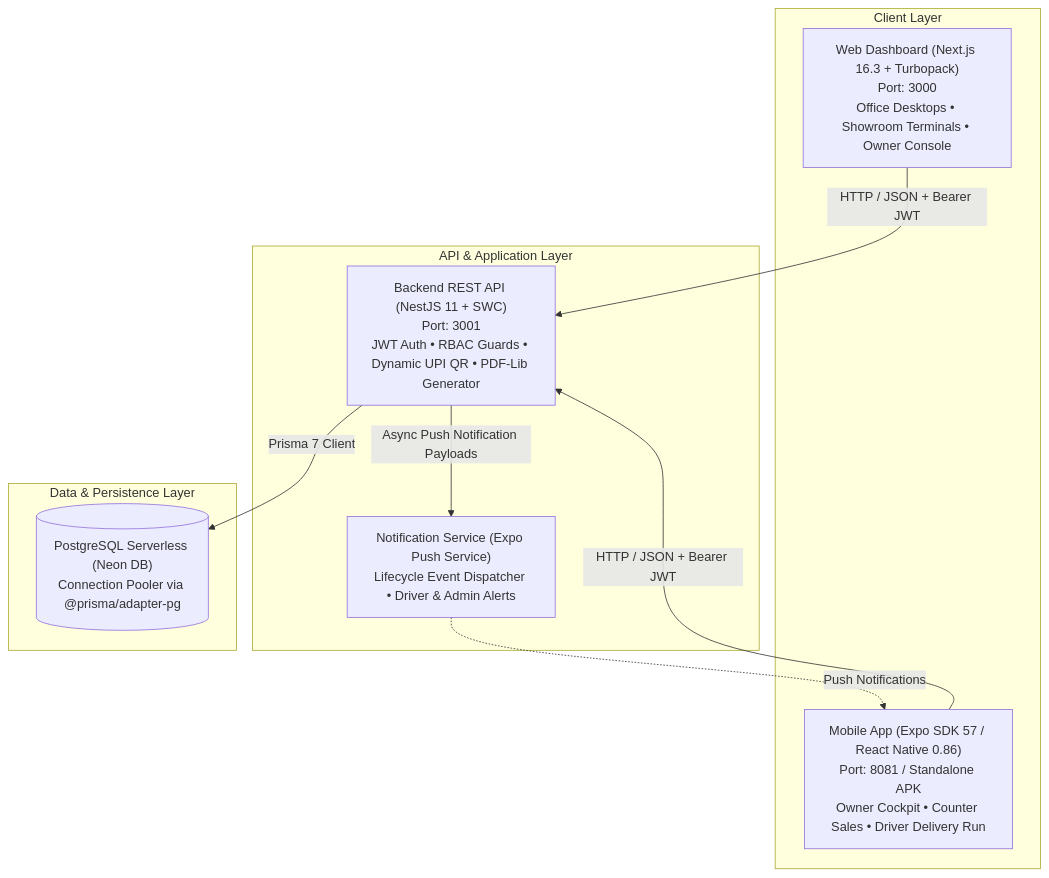
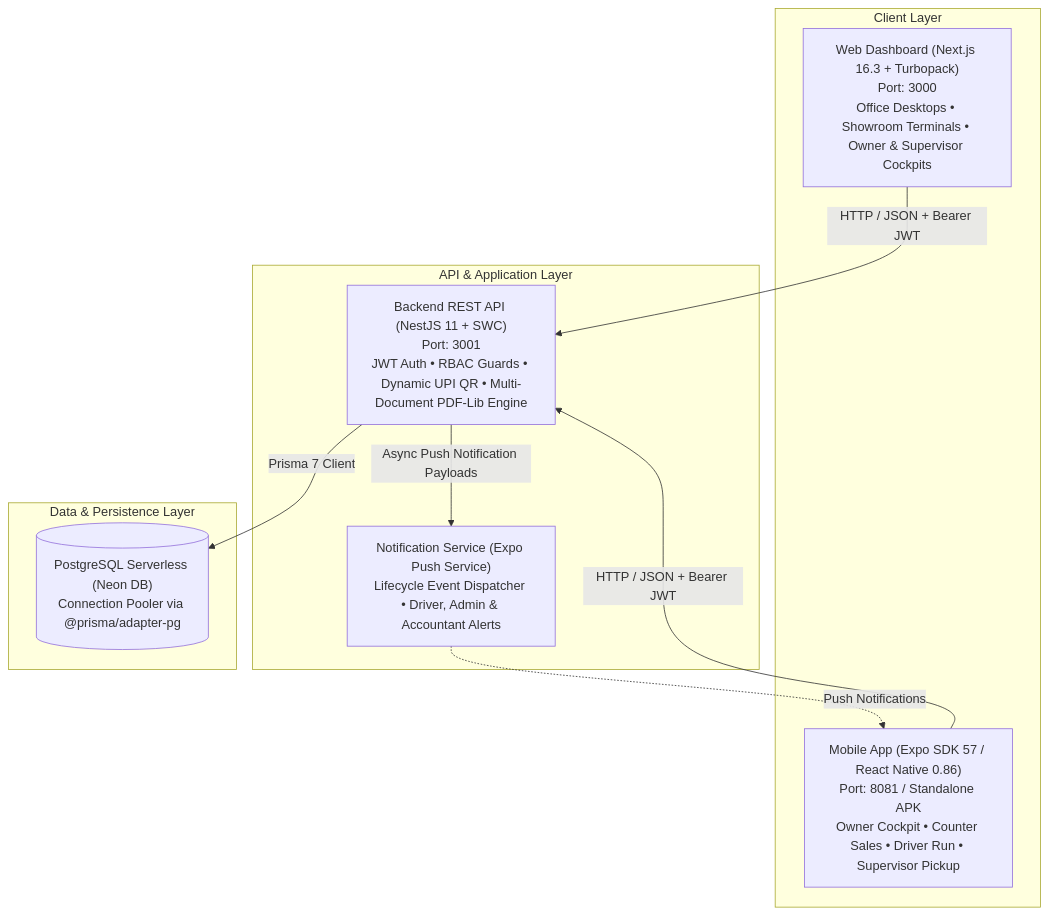
The diagram in README.md (pulkitjaincs/shreeOmTiles), drawn with Mermaid before and after one commit. The commit also changed other lines of this file and 107 other files, not shown here.

First line of the commit message:
feat(erp): add procurement, quotations, day book, supervisor cockpit, and delivery challans

````diff
--- a/README.md
+++ b/README.md
@@ -32,22 +32,22 @@
 ```mermaid
 graph TD
     subgraph Client Layer
-        Web["Web Dashboard (Next.js 16.3 + Turbopack)<br/>Port: 3000<br/>Office Desktops • Showroom Terminals • Owner Console"]
-        Mobile["Mobile App (Expo SDK 57 / React Native 0.86)<br/>Port: 8081 / Standalone APK<br/>Owner Cockpit • Counter Sales • Driver Delivery Run"]
+        Web["Web Dashboard (Next.js 16.3 + Turbopack)<br/>Port: 3000<br/>Office Desktops • Showroom Terminals • Owner & Supervisor Cockpits"]
+        Mobile["Mobile App (Expo SDK 57 / React Native 0.86)<br/>Port: 8081 / Standalone APK<br/>Owner Cockpit • Counter Sales • Driver Run • Supervisor Pickup"]
     end
 
     subgraph API & Application Layer
-        API["Backend REST API (NestJS 11 + SWC)<br/>Port: 3001<br/>JWT Auth • RBAC Guards • Dynamic UPI QR • PDF-Lib Generator"]
-        PushService["Notification Service (Expo Push Service)<br/>Lifecycle Event Dispatcher • Driver & Admin Alerts"]
+        API["Backend REST API (NestJS 11 + SWC)<br/>Port: 3001<br/>JWT Auth • RBAC Guards • Dynamic UPI QR • Multi-Document PDF-Lib Engine"]
+        PushService["Notification Service (Expo Push Service)<br/>Lifecycle Event Dispatcher • Driver, Admin & Accountant Alerts"]
     end
 
     subgraph Data & Persistence Layer
         DB[("PostgreSQL Serverless (Neon DB)<br/>Connection Pooler via @prisma/adapter-pg")]
     end
 
     Web -->|HTTP / JSON + Bearer JWT| API
     Mobile -->|HTTP / JSON + Bearer JWT| API
     API -->|Prisma 7 Client| DB
     API -->|Async Push Notification Payloads| PushService
     PushService -.->|Push Notifications| Mobile
 ```
````
